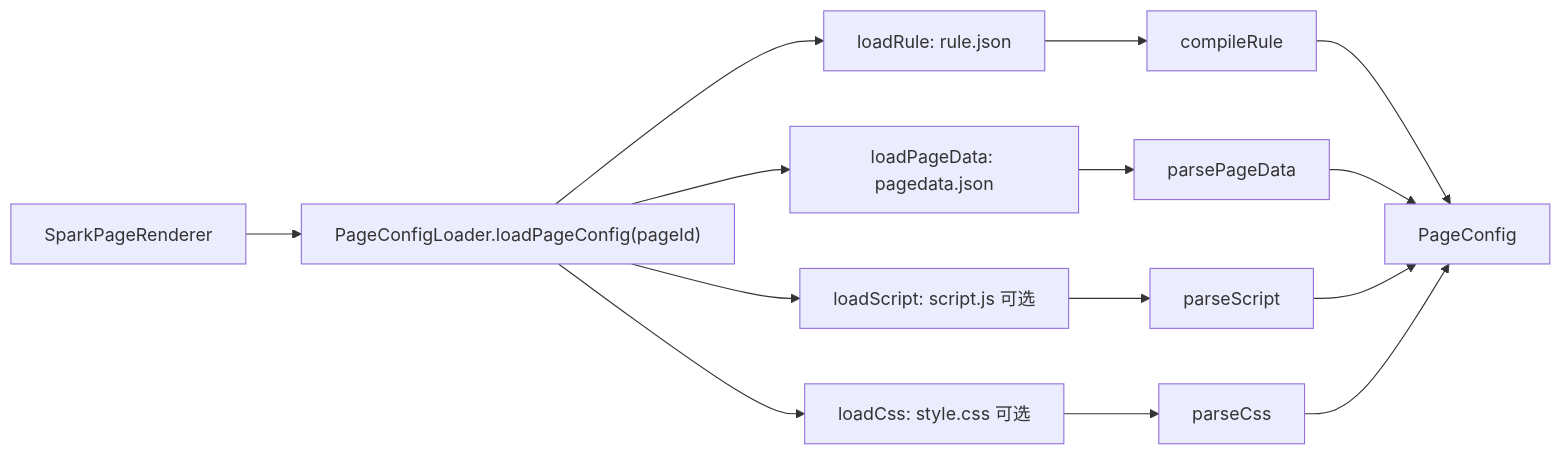
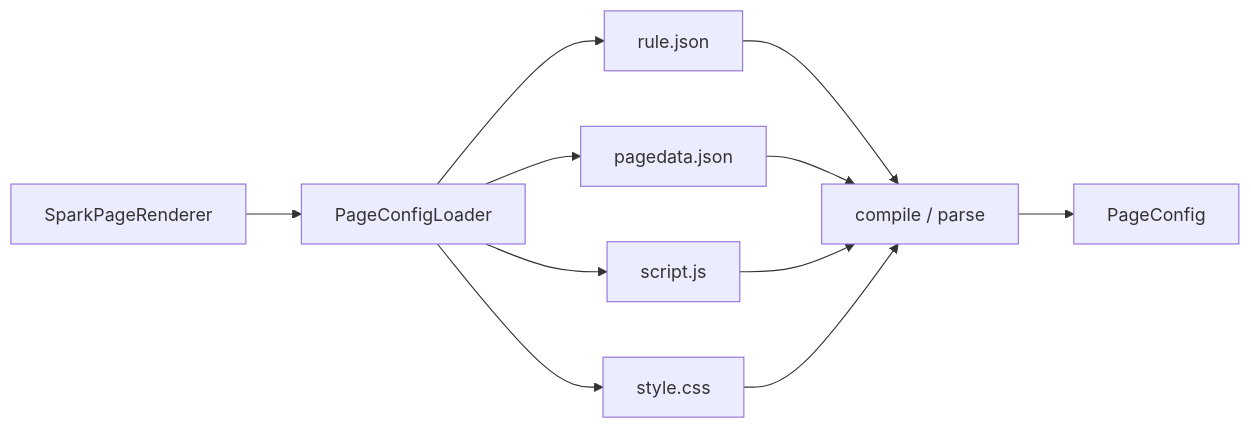
Before and after one commit to LMSpark/spark-view-vue: the sixth of 16 diagrams in docs/SPARK_VIEW_PROJECT_DEEP_DIVE_ZH.md, drawn with Mermaid. The commit also changed other lines of this file and 120 other files, not shown here.

````diff
--- a/docs/SPARK_VIEW_PROJECT_DEEP_DIVE_ZH.md
+++ b/docs/SPARK_VIEW_PROJECT_DEEP_DIVE_ZH.md
@@ -206,17 +286,22 @@
 ```mermaid
 flowchart LR
   Caller["SparkPageRenderer"]
-  Caller --> Loader["PageConfigLoader.loadPageConfig(pageId)"]
-  Loader --> Rule["loadRule: rule.json"]
-  Loader --> Data["loadPageData: pagedata.json"]
-  Loader --> Script["loadScript: script.js 可选"]
-  Loader --> Css["loadCss: style.css 可选"]
-  Rule --> Compiler["compileRule"]
-  Data --> Compiler2["parsePageData"]
-  Script --> Compiler3["parseScript"]
-  Css --> Compiler4["parseCss"]
-  Compiler --> PageConfig["PageConfig"]
-  Compiler2 --> PageConfig
-  Compiler3 --> PageConfig
-  Compiler4 --> PageConfig
+  Loader["PageConfigLoader"]
+  Rule["rule.json"]
+  Data["pagedata.json"]
+  Script["script.js"]
+  Css["style.css"]
+  Compiler["compile / parse"]
+  PageConfig["PageConfig"]
+
+  Caller --> Loader
+  Loader --> Rule
+  Loader --> Data
+  Loader --> Script
+  Loader --> Css
+  Rule --> Compiler
+  Data --> Compiler
+  Script --> Compiler
+  Css --> Compiler
+  Compiler --> PageConfig
 ```
````
